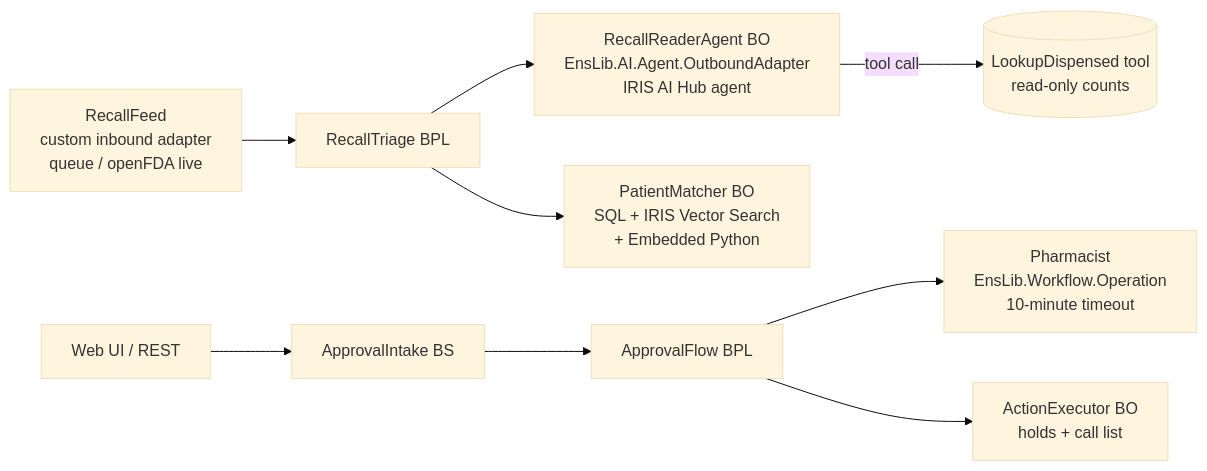
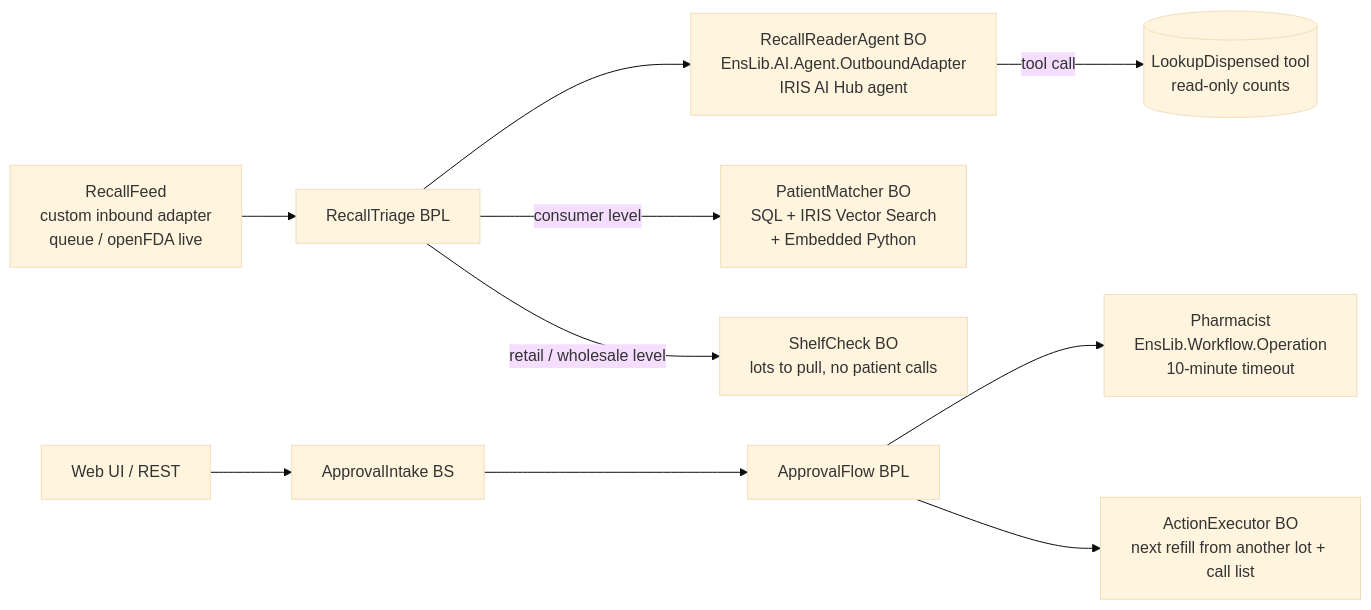
Before and after one commit to jejuolledev/recallreach: the diagram in README.md, drawn with Mermaid (base theme). The commit also changed other lines of this file and 36 other files, not shown here.

````diff
--- a/README.md
+++ b/README.md
@@ -51,11 +66,12 @@
 ```mermaid
 flowchart LR
   A[RecallFeed<br/>custom inbound adapter<br/>queue / openFDA live] --> B[RecallTriage BPL]
   B --> C[RecallReaderAgent BO<br/>EnsLib.AI.Agent.OutboundAdapter<br/>IRIS AI Hub agent]
   C -- tool call --> T[(LookupDispensed tool<br/>read-only counts)]
-  B --> D[PatientMatcher BO<br/>SQL + IRIS Vector Search<br/>+ Embedded Python]
+  B -- consumer level --> D[PatientMatcher BO<br/>SQL + IRIS Vector Search<br/>+ Embedded Python]
+  B -- retail / wholesale level --> S[ShelfCheck BO<br/>lots to pull, no patient calls]
   UI[Web UI / REST] --> E[ApprovalIntake BS]
   E --> F[ApprovalFlow BPL]
   F --> G[Pharmacist<br/>EnsLib.Workflow.Operation<br/>10-minute timeout]
-  F --> H[ActionExecutor BO<br/>holds + call list]
+  F --> H[ActionExecutor BO<br/>next refill from another lot + call list]
 ```
````
